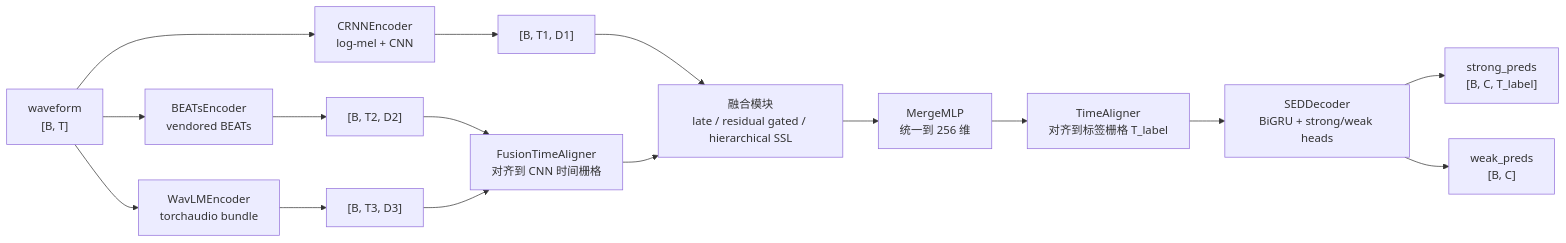
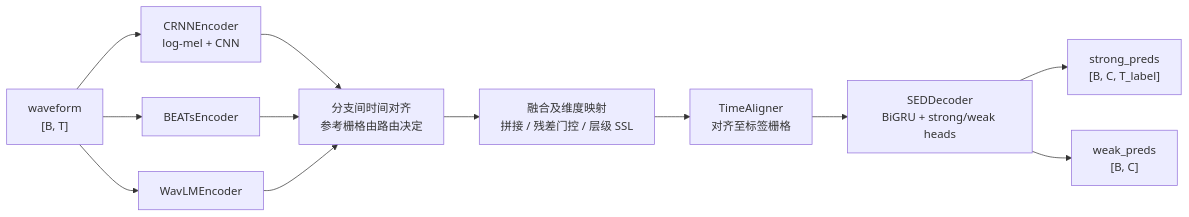
Before and after one commit to HarryWeasley3/dcase-2022-task4: the diagram in docs/architecture.md, drawn with Mermaid. The commit also changed other lines of this file and 8 other files, not shown here.

````diff
--- a/docs/architecture.md
+++ b/docs/architecture.md
@@ -21,18 +21,14 @@
 ```mermaid
 flowchart LR
     A["waveform<br/>[B, T]"] --> E1["CRNNEncoder<br/>log-mel + CNN"]
-    A --> E2["BEATsEncoder<br/>vendored BEATs"]
-    A --> E3["WavLMEncoder<br/>torchaudio bundle"]
-    E1 --> S1["[B, T1, D1]"]
-    E2 --> S2["[B, T2, D2]"]
-    E3 --> S3["[B, T3, D3]"]
-    S2 --> FA["FusionTimeAligner<br/>对齐到 CNN 时间栅格"]
-    S3 --> FA
-    S1 --> FU["融合模块<br/>late / residual gated / hierarchical SSL"]
-    FA --> FU
-    FU --> MLP["MergeMLP<br/>统一到 256 维"]
-    MLP --> AL["TimeAligner<br/>对齐到标签栅格 T_label"]
+    A --> E2["BEATsEncoder"]
+    A --> E3["WavLMEncoder"]
+    E1 --> FA["分支间时间对齐<br/>参考栅格由路由决定"]
+    E2 --> FA
+    E3 --> FA
+    FA --> FU["融合及维度映射<br/>拼接 / 残差门控 / 层级 SSL"]
+    FU --> AL["TimeAligner<br/>对齐至标签栅格"]
     AL --> DEC["SEDDecoder<br/>BiGRU + strong/weak heads"]
     DEC --> O1["strong_preds<br/>[B, C, T_label]"]
     DEC --> O2["weak_preds<br/>[B, C]"]
 ```
````
